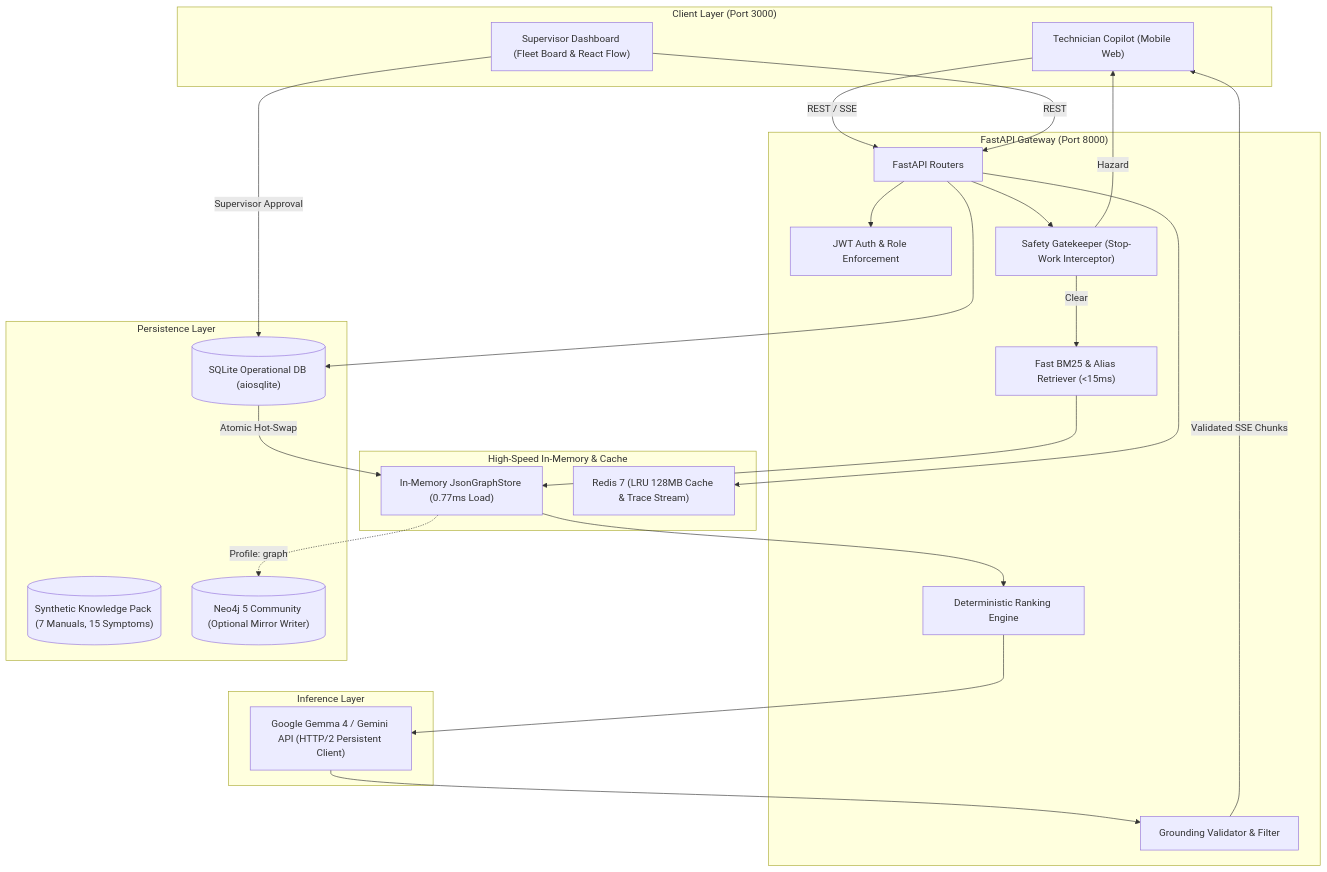
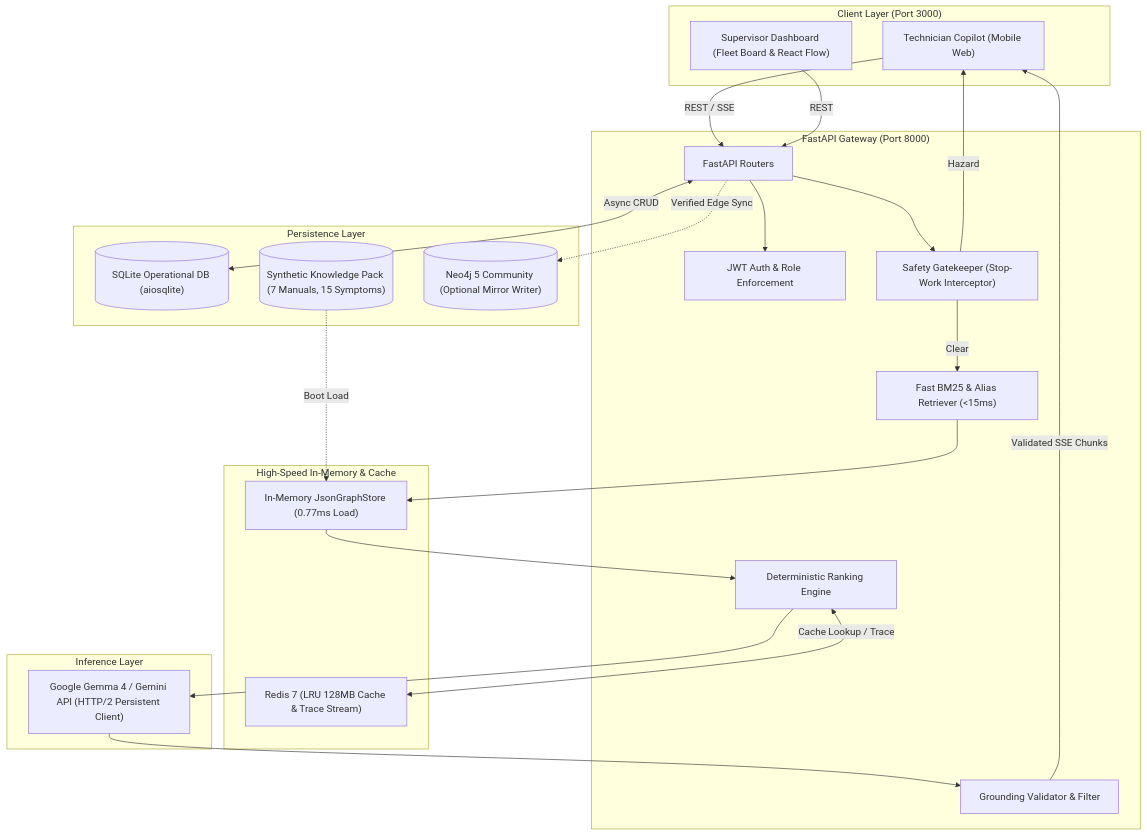
The diagram in README.md (himanshu-anonymous/maintenance-copilot), drawn with Mermaid before and after one commit. The commit also changed other lines of this file, not shown here.

````diff
--- a/README.md
+++ b/README.md
@@ -16,48 +54,47 @@
 ```mermaid
 flowchart TD
     subgraph UI ["Client Layer (Port 3000)"]
         TechUI["Technician Copilot (Mobile Web)"]
         SuperUI["Supervisor Dashboard (Fleet Board & React Flow)"]
     end
 
     subgraph API ["FastAPI Gateway (Port 8000)"]
         Auth["JWT Auth & Role Enforcement"]
         Router["FastAPI Routers"]
         SafetyGate["Safety Gatekeeper (Stop-Work Interceptor)"]
         BM25["Fast BM25 & Alias Retriever (<15ms)"]
         Engine["Deterministic Ranking Engine"]
         Grounding["Grounding Validator & Filter"]
     end
 
     subgraph Memory ["High-Speed In-Memory & Cache"]
         JsonGraph["In-Memory JsonGraphStore (0.77ms Load)"]
         RedisCache["Redis 7 (LRU 128MB Cache & Trace Stream)"]
     end
 
     subgraph Persistence ["Persistence Layer"]
         SQLite[("SQLite Operational DB (aiosqlite)")]
         KnowledgePack[("Synthetic Knowledge Pack (7 Manuals, 15 Symptoms)")]
         Neo4j[("Neo4j 5 Community (Optional Mirror Writer)")]
     end
 
     subgraph LLM ["Inference Layer"]
         GeminiClient["Google Gemma 4 / Gemini API (HTTP/2 Persistent Client)"]
     end
 
     TechUI -->|REST / SSE| Router
     SuperUI -->|REST| Router
     Router --> Auth
     Router --> SafetyGate
     SafetyGate -->|Clear| BM25
     SafetyGate -->|Hazard| TechUI
     BM25 --> JsonGraph
     JsonGraph --> Engine
+    KnowledgePack -.->|Boot Load| JsonGraph
+    Engine <-->|Cache Lookup / Trace| RedisCache
     Engine --> GeminiClient
     GeminiClient --> Grounding
     Grounding -->|Validated SSE Chunks| TechUI
-    Router --> SQLite
-    Router --> RedisCache
-    SuperUI -->|Supervisor Approval| SQLite
-    SQLite -->|Atomic Hot-Swap| JsonGraph
-    JsonGraph -.->|Profile: graph| Neo4j
+    Router <-->|Async CRUD| SQLite
+    Router -.->|Verified Edge Sync| Neo4j
 ```
````
